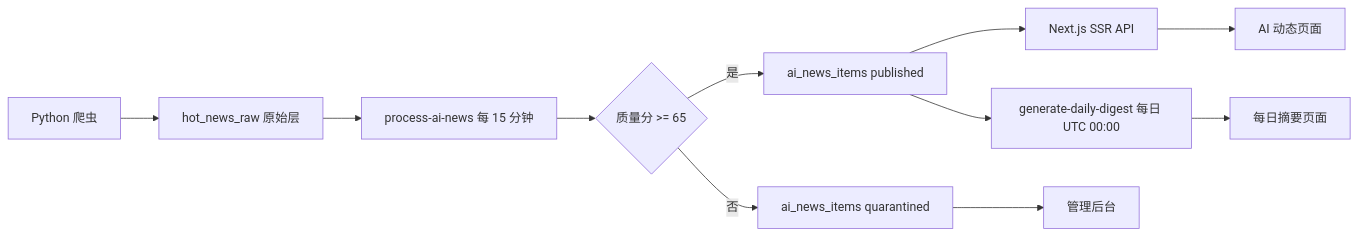
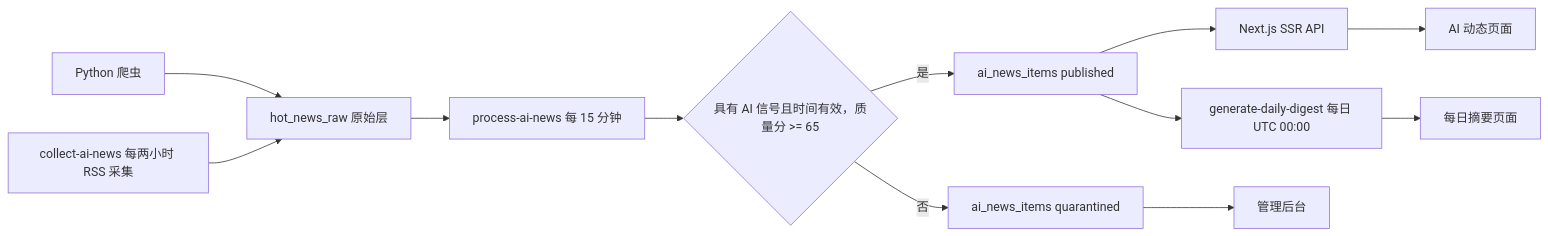
One commit to 38970693/dacong changed the diagram in docs/AI_DYNAMICS_REBUILD.md. Above: the diagram before and after it, drawn with Mermaid. The commit also changed other lines of this file and 18 other files, not shown here.

Commit message:
feat: refresh AI news sources and automate RSS collection

````diff
--- a/docs/AI_DYNAMICS_REBUILD.md
+++ b/docs/AI_DYNAMICS_REBUILD.md
@@ -19,13 +19,14 @@
 ```mermaid
 flowchart LR
     A[Python 爬虫] --> B[hot_news_raw 原始层]
+    L[collect-ai-news 每两小时 RSS 采集] --> B
     B --> C[process-ai-news 每 15 分钟]
-    C --> D{质量分 >= 65}
+    C --> D{具有 AI 信号且时间有效，质量分 >= 65}
     D -->|是| E[ai_news_items published]
     D -->|否| F[ai_news_items quarantined]
     E --> G[Next.js SSR API]
     G --> H[AI 动态页面]
     E --> I[generate-daily-digest 每日 UTC 00:00]
     I --> J[每日摘要页面]
     F --> K[管理后台]
 ```
````
